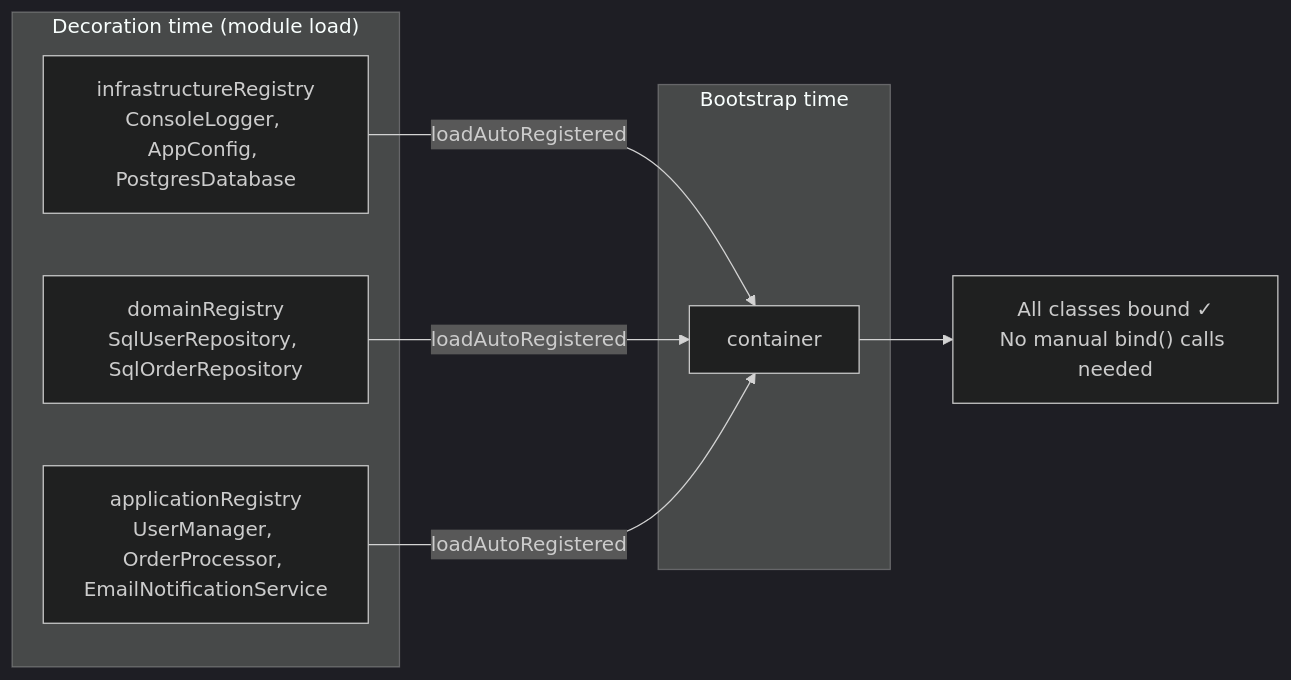
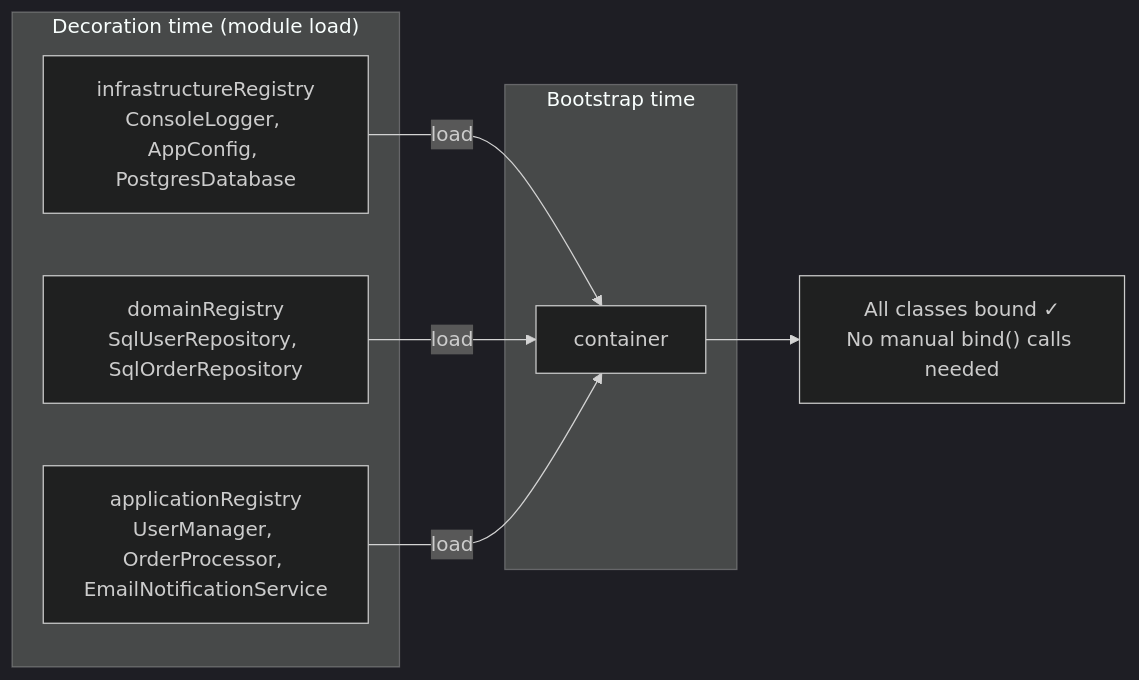
One commit to codefastlabs/codefast changed the second of 2 diagrams in packages/di/examples/14-auto-register/README.md. Above: the diagram before and after it, drawn with Mermaid (dark theme). The commit also changed other lines of this file and 14 other files, not shown here.

Commit message:
feat(di)!: load an auto-register registry as a module and remove loadAutoRegistered

````diff
--- a/packages/di/examples/14-auto-register/README.md
+++ b/packages/di/examples/14-auto-register/README.md
@@ -37,17 +37,17 @@
 ```mermaid
 graph LR
     subgraph Decoration["Decoration time (module load)"]
         IR["infrastructureRegistry\nConsoleLogger, AppConfig, PostgresDatabase"]
         DR["domainRegistry\nSqlUserRepository, SqlOrderRepository"]
         AR["applicationRegistry\nUserManager, OrderProcessor, EmailNotificationService"]
     end
 
     subgraph Bootstrap["Bootstrap time"]
         C["container"]
     end
 
-    IR -->|loadAutoRegistered| C
-    DR -->|loadAutoRegistered| C
-    AR -->|loadAutoRegistered| C
+    IR -->|load| C
+    DR -->|load| C
+    AR -->|load| C
     C --> Ready["All classes bound ✓\nNo manual bind() calls needed"]
 ```
````
